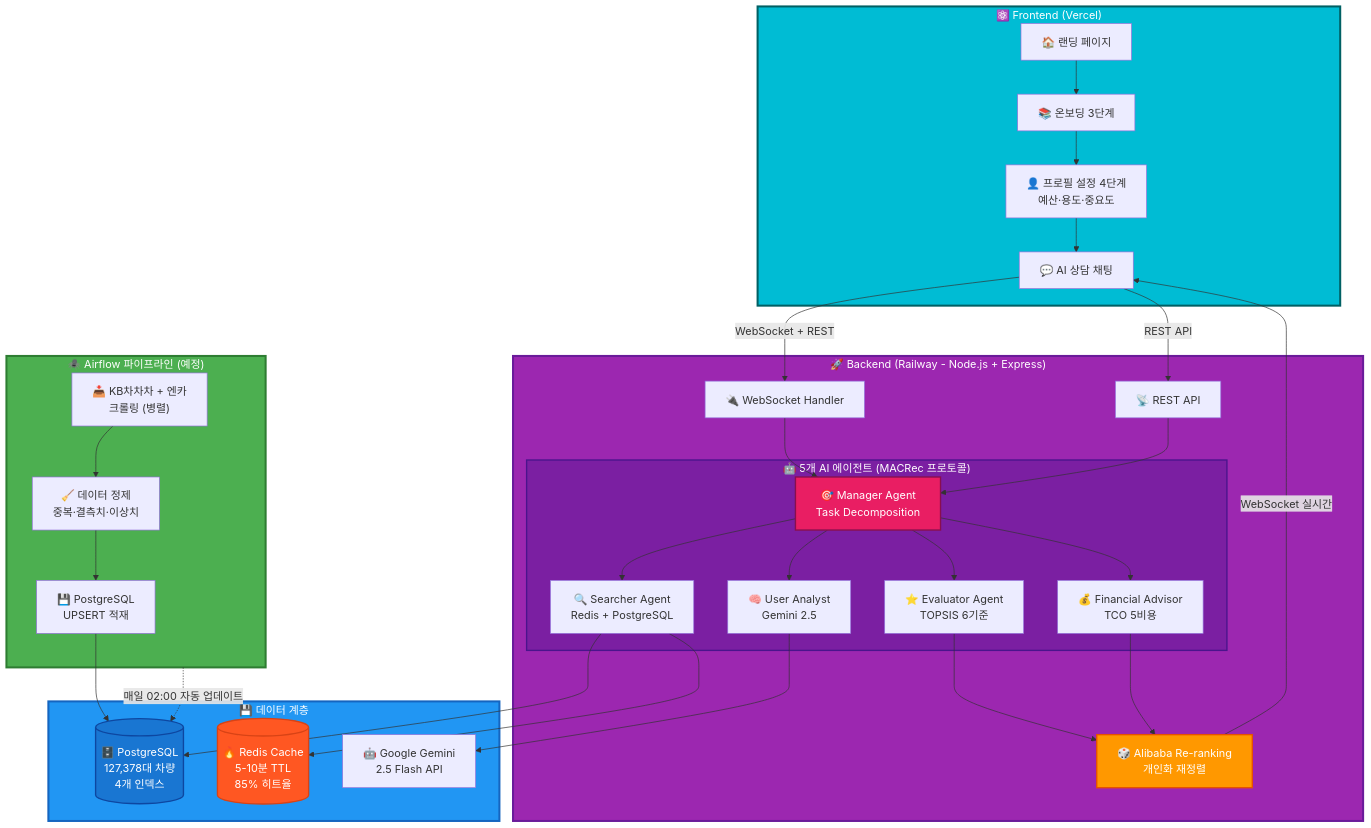
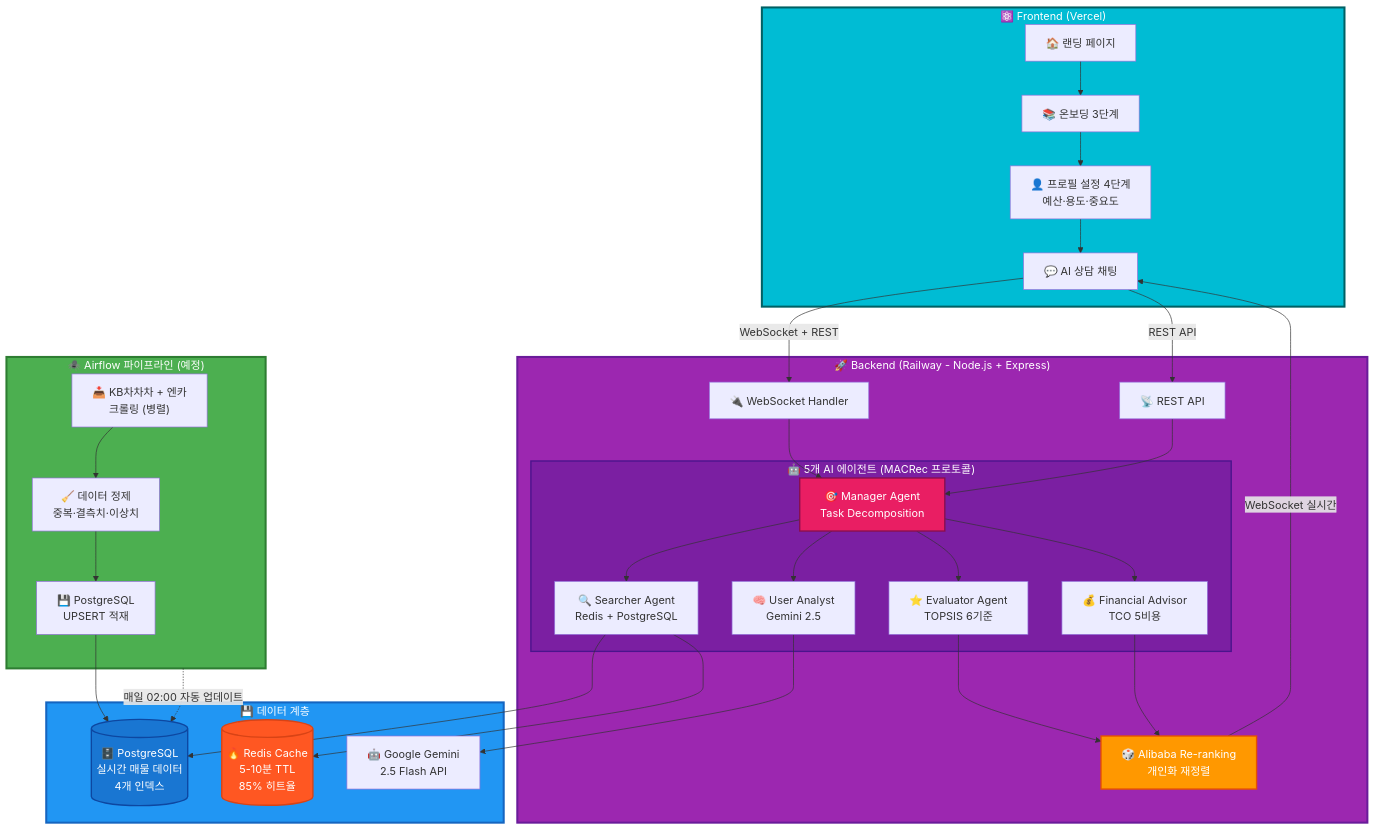
One commit to SeSAC-DA1/CarFin_AI_Final changed the first of 5 diagrams in README.md. Above: the diagram before and after it, drawn with Mermaid. The commit also changed other lines of this file and 1 other file, not shown here.

First line of the commit message:
📝 Docs: 동적 데이터 표현 개선 (신뢰성 향상)

````diff
--- a/README.md
+++ b/README.md
@@ -109,71 +109,71 @@
 ```mermaid
 graph TB
     subgraph Frontend["⚛️ Frontend (Vercel)"]
         Landing["🏠 랜딩 페이지"]
         Onboarding["📚 온보딩 3단계"]
         Profile["👤 프로필 설정 4단계<br/>예산·용도·중요도"]
         Chat["💬 AI 상담 채팅"]
 
         Landing --> Onboarding --> Profile --> Chat
     end
 
     subgraph Backend["🚀 Backend (Railway - Node.js + Express)"]
         WS["🔌 WebSocket Handler"]
         REST["📡 REST API"]
 
         subgraph Agents["🤖 5개 AI 에이전트 (MACRec 프로토콜)"]
             Manager["🎯 Manager Agent<br/>Task Decomposition"]
             UserAnalyst["🧠 User Analyst<br/>Gemini 2.5"]
             Searcher["🔍 Searcher Agent<br/>Redis + PostgreSQL"]
             Evaluator["⭐ Evaluator Agent<br/>TOPSIS 6기준"]
             Financial["💰 Financial Advisor<br/>TCO 5비용"]
 
             Manager --> UserAnalyst
             Manager --> Searcher
             Manager --> Evaluator
             Manager --> Financial
         end
 
         Reranking["🎲 Alibaba Re-ranking<br/>개인화 재정렬"]
 
         WS --> Manager
         REST --> Manager
         Evaluator --> Reranking
         Financial --> Reranking
     end
 
     subgraph DataLayer["💾 데이터 계층"]
-        DB[("🗄️ PostgreSQL<br/>127,378대 차량<br/>4개 인덱스")]
+        DB[("🗄️ PostgreSQL<br/>실시간 매물 데이터<br/>4개 인덱스")]
         Cache[("🔥 Redis Cache<br/>5-10분 TTL<br/>85% 히트율")]
         AI["🤖 Google Gemini<br/>2.5 Flash API"]
     end
 
     subgraph Pipeline["🕷️ Airflow 파이프라인 (예정)"]
         Crawl["📥 KB차차차 + 엔카<br/>크롤링 (병렬)"]
         Clean["🧹 데이터 정제<br/>중복·결측치·이상치"]
         Load["💾 PostgreSQL<br/>UPSERT 적재"]
 
         Crawl --> Clean --> Load --> DB
     end
 
     Chat -->|"WebSocket + REST"| WS
     Chat -->|"REST API"| REST
 
     Searcher --> Cache
     Searcher --> DB
     UserAnalyst --> AI
 
     Reranking -->|"WebSocket 실시간"| Chat
 
     Pipeline -.->|"매일 02:00 자동 업데이트"| DB
 
     style Frontend fill:#00BCD4,stroke:#006064,stroke-width:3px,color:#fff
     style Backend fill:#9C27B0,stroke:#6A1B9A,stroke-width:3px,color:#fff
     style Agents fill:#7B1FA2,stroke:#4A148C,stroke-width:2px,color:#fff
     style DataLayer fill:#2196F3,stroke:#1565C0,stroke-width:3px,color:#fff
     style Pipeline fill:#4CAF50,stroke:#2E7D32,stroke-width:3px,color:#fff
     style Manager fill:#E91E63,stroke:#880E4F,stroke-width:2px,color:#fff
     style Reranking fill:#FF9800,stroke:#E65100,stroke-width:2px,color:#fff
     style DB fill:#1976D2,stroke:#0D47A1,stroke-width:2px,color:#fff
     style Cache fill:#FF5722,stroke:#D84315,stroke-width:2px,color:#fff
 ```
````
